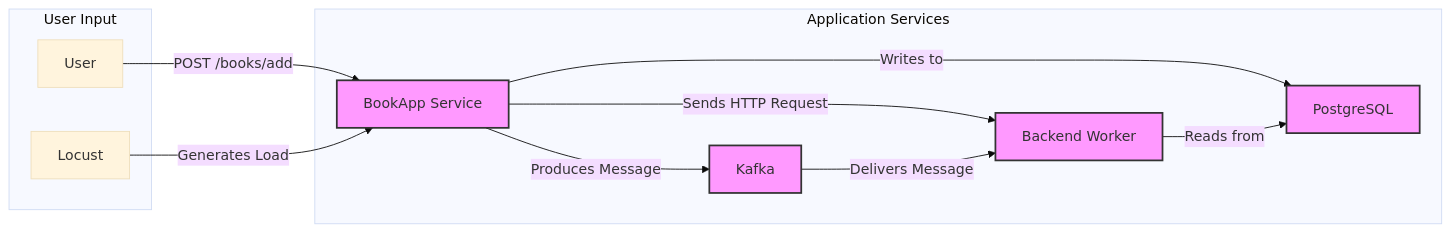
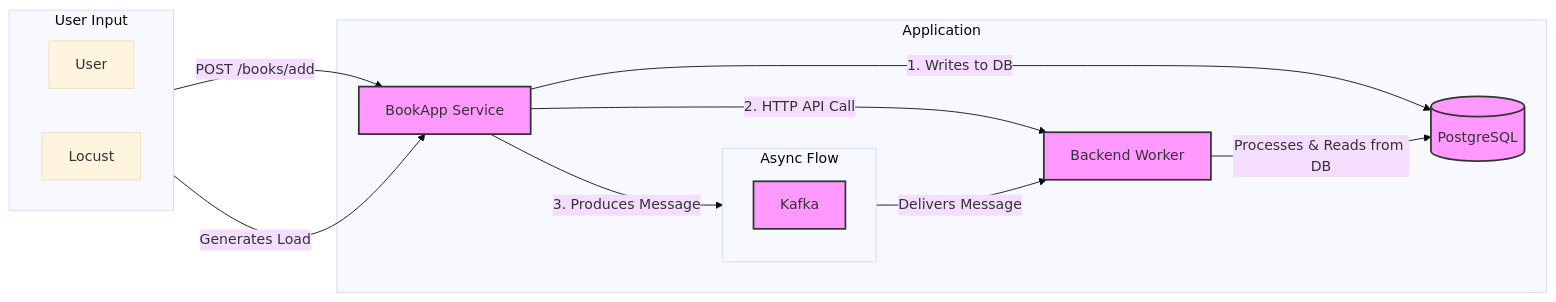
Before and after one commit to hardbyte/rust-telemetry-example: the first of 3 diagrams in README.md, drawn with Mermaid (base theme).

````diff
--- a/README.md
+++ b/README.md
@@ -13,27 +13,32 @@
 ```mermaid
 graph LR
   subgraph User Input
+    direction LR
+    user[<fa:fa-user> User]
     locust[<fa:fa-bug> Locust]
-    user[<fa:fa-user> User]
   end
 
-  subgraph "Application Services"
+  subgraph Application
     app[<fa:fa-server> BookApp Service]
     backend[<fa:fa-gears> Backend Worker]
-    kafka[<fa:fa-exchange> Kafka]
-    db[<fa:fa-database> PostgreSQL]
+    db[(<fa:fa-database> PostgreSQL)]
+
+    subgraph Async Flow
+      direction TB
+      kafka[<fa:fa-exchange> Kafka]
+    end
   end
 
   user -- "POST /books/add" --> app
   locust -- "Generates Load" --> app
 
-  app -- "Writes to" --> db
-  app -- "Sends HTTP Request" --> backend
-  app -- "Produces Message" --> kafka
+  app -- "1. Writes to DB" --> db
+  app -- "2. HTTP API Call" --> backend
+  app -- "3. Produces Message" --> kafka
 
   kafka -- "Delivers Message" --> backend
-  backend -- "Reads from" --> db
+  backend -- "Processes & Reads from DB" --> db
 
   classDef services fill:#f9f,stroke:#333,stroke-width:2px;
   class app,backend,kafka,db services;
 ```
````
